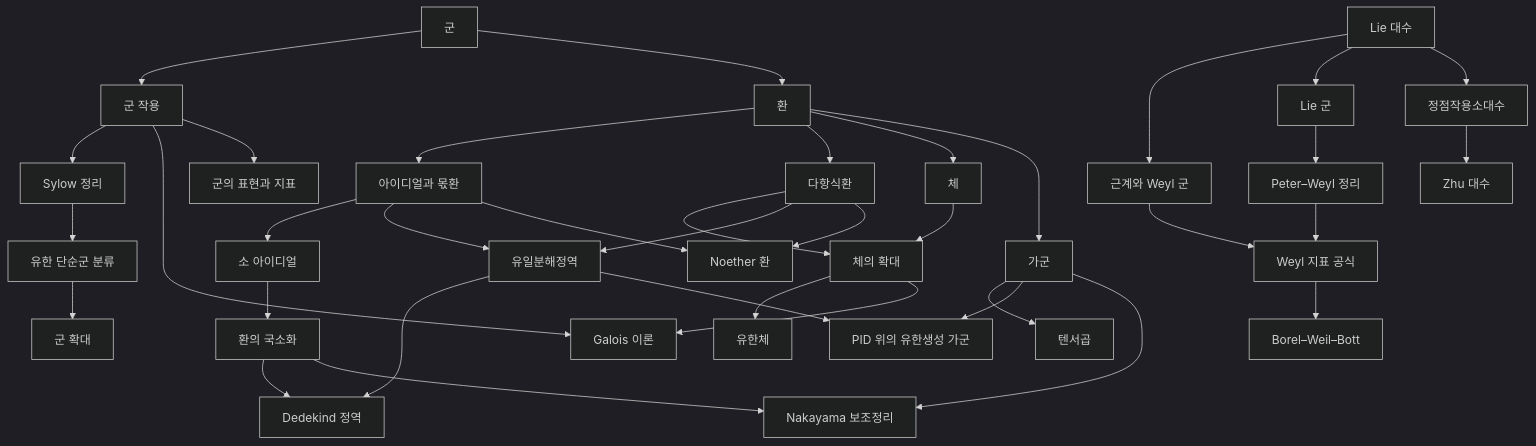
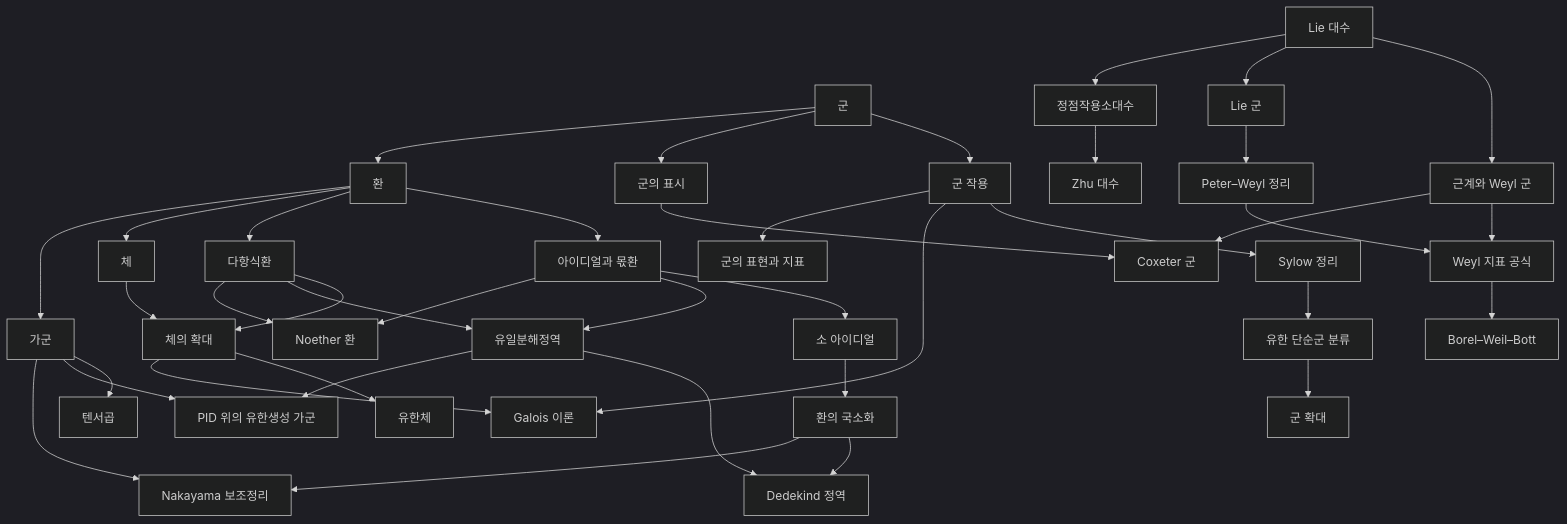
The diagram in docs/abstract-algebra-overview.md (Phryxia/math-map), drawn with Mermaid (dark theme) before and after one commit.

Commit message:
put the two new group-theory docs on the abstract-algebra overview map
Claude-Session: https://claude.ai/code/session_01UhADMt4KPiVUWGAQcHXZqf

````diff
--- a/docs/abstract-algebra-overview.md
+++ b/docs/abstract-algebra-overview.md
@@ -11,23 +11,25 @@
 ```mermaid
 graph TD
   G["군"] --> GA["군 작용"] --> SY["Sylow 정리"] --> FS["유한 단순군 분류"] --> GE["군 확대"]
   GA --> GT["Galois 이론"]
   GA --> GR["군의 표현과 지표"]
+  G --> GP["군의 표시"] --> CX["Coxeter 군"]
   G --> R["환"] --> ID["아이디얼과 몫환"] --> PI["소 아이디얼"] --> LZ["환의 국소화"]
   ID --> UFD["유일분해정역"] --> DD["Dedekind 정역"]
   ID --> NO["Noether 환"]
   LZ --> DD
   R --> PR["다항식환"] --> FE["체의 확대"]
   PR --> UFD
   PR --> NO
   R --> F["체"] --> FE --> FF["유한체"]
   FE --> GT
   R --> M["가군"] --> TP["텐서곱"]
   M --> FG["PID 위의 유한생성 가군"]
   UFD --> FG
   M --> NK["Nakayama 보조정리"]
   LZ --> NK
   LA["Lie 대수"] --> RS["근계와 Weyl 군"] --> WC["Weyl 지표 공식"] --> BWB["Borel–Weil–Bott"]
+  RS --> CX
   LA --> LG["Lie 군"] --> PW["Peter–Weyl 정리"] --> WC
   LA --> VOA["정점작용소대수"] --> ZA["Zhu 대수"]
 ```
````
